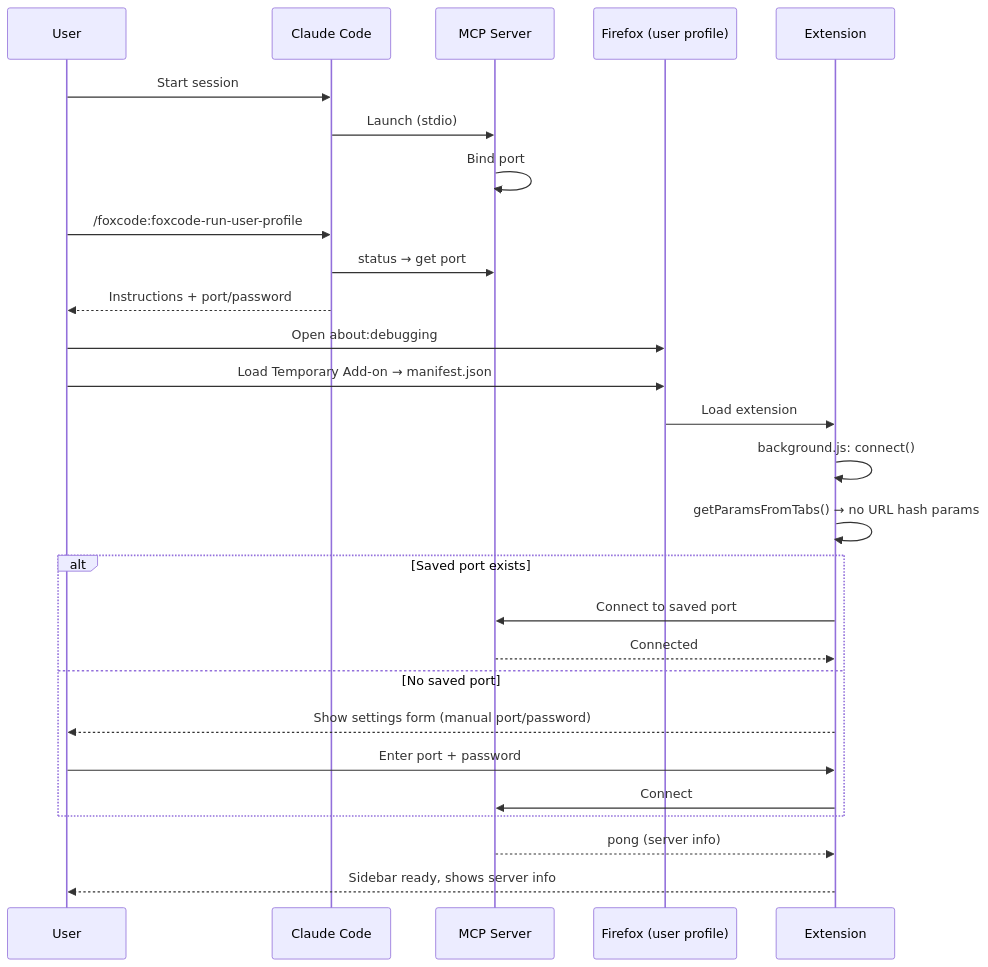
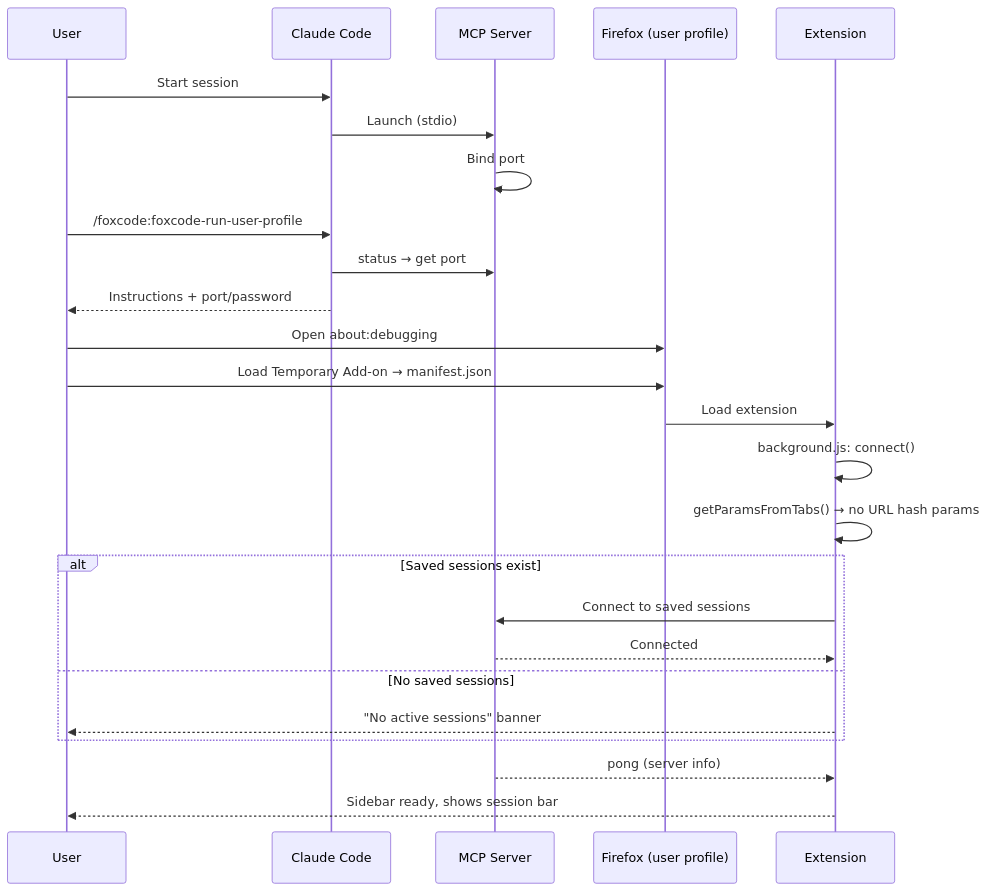
Before and after one commit to korchasa/foxcode: the second of 2 diagrams in README.md, drawn with Mermaid. The commit also changed other lines of this file and 9 other files, not shown here.

````diff
--- a/README.md
+++ b/README.md
@@ -111,35 +111,33 @@
 ```mermaid
 sequenceDiagram
     participant U as User
     participant CC as Claude Code
     participant MCP as MCP Server
     participant FF as Firefox (user profile)
     participant EXT as Extension
 
     U->>CC: Start session
     CC->>MCP: Launch (stdio)
     MCP->>MCP: Bind port
 
     U->>CC: /foxcode:foxcode-run-user-profile
     CC->>MCP: status → get port
     CC-->>U: Instructions + port/password
 
     U->>FF: Open about:debugging
     U->>FF: Load Temporary Add-on → manifest.json
     FF->>EXT: Load extension
 
     EXT->>EXT: background.js: connect()
     EXT->>EXT: getParamsFromTabs() → no URL hash params
 
-    alt Saved port exists
-        EXT->>MCP: Connect to saved port
+    alt Saved sessions exist
+        EXT->>MCP: Connect to saved sessions
         MCP-->>EXT: Connected
-    else No saved port
-        EXT-->>U: Show settings form (manual port/password)
-        U->>EXT: Enter port + password
-        EXT->>MCP: Connect
+    else No saved sessions
+        EXT-->>U: "No active sessions" banner
     end
 
     MCP-->>EXT: pong (server info)
-    EXT-->>U: Sidebar ready, shows server info
+    EXT-->>U: Sidebar ready, shows session bar
 ```
````
